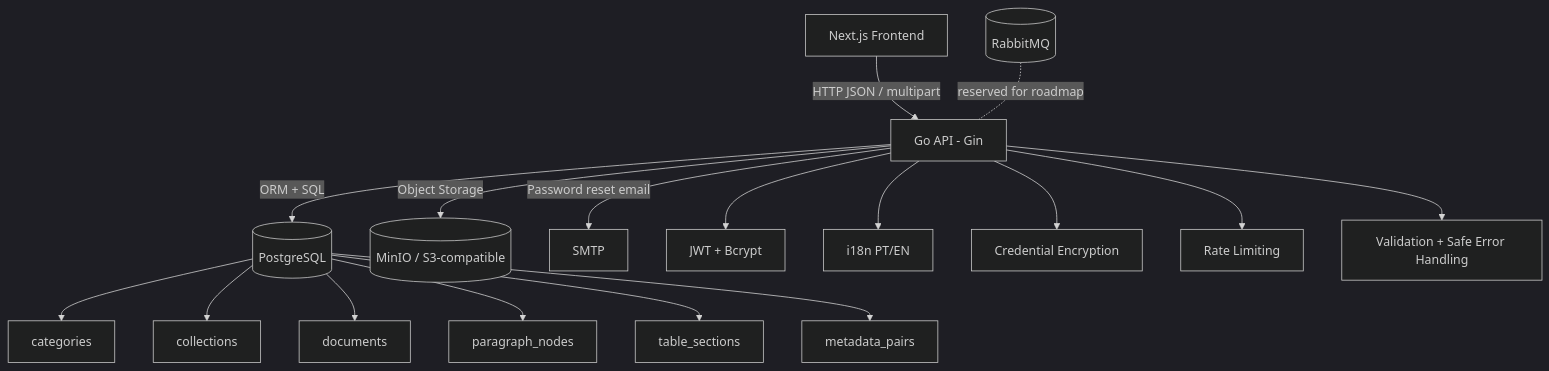
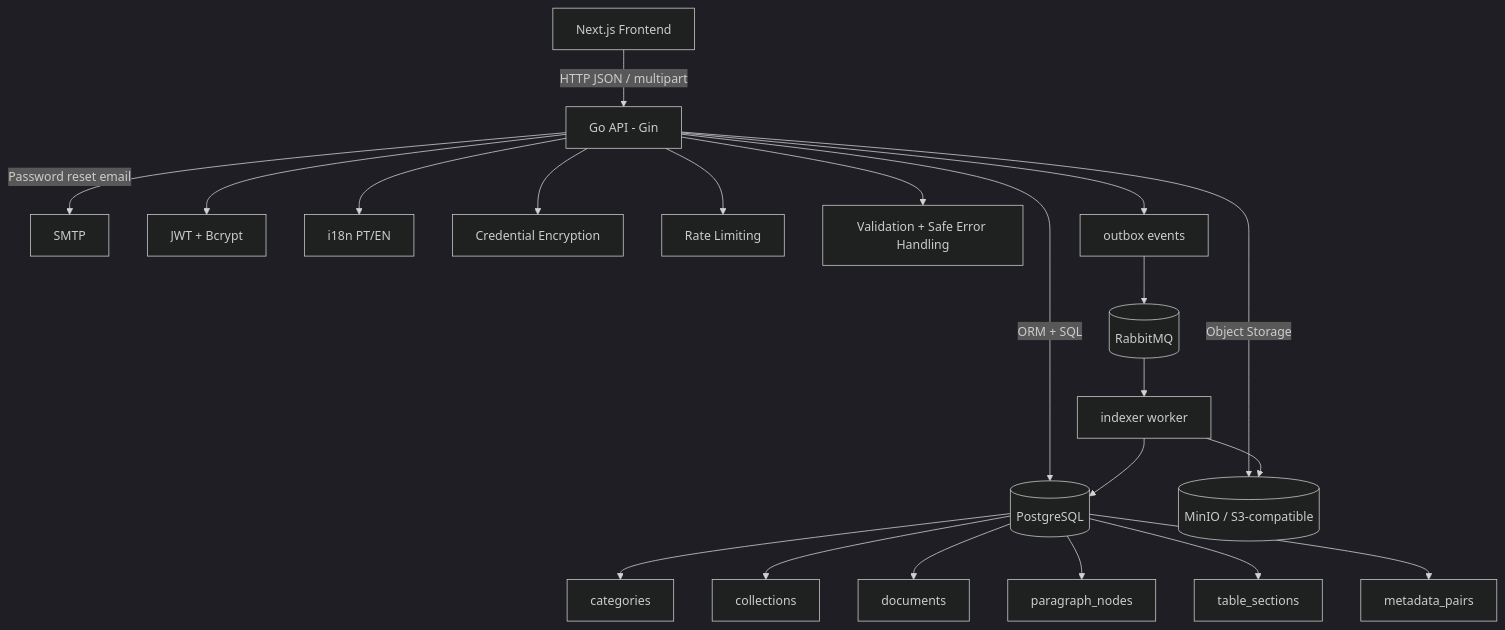
Before and after one commit to EduardoMG12/ThingIndex: the first of 2 diagrams in README.md, drawn with Mermaid (dark theme). The commit also changed other lines of this file, not shown here.

````diff
--- a/README.md
+++ b/README.md
@@ -107,22 +108,26 @@
 ```mermaid
 flowchart TD
     UI[Next.js Frontend] -->|HTTP JSON / multipart| API[Go API - Gin]
     API -->|ORM + SQL| PG[(PostgreSQL)]
     API -->|Object Storage| MINIO[(MinIO / S3-compatible)]
     API -->|Password reset email| SMTP[SMTP]
 
     API --> AUTH[JWT + Bcrypt]
     API --> I18N[i18n PT/EN]
     API --> SEC[Credential Encryption]
     API --> RATE[Rate Limiting]
     API --> VALID[Validation + Safe Error Handling]
 
     PG --> CAT[categories]
     PG --> COL[collections]
     PG --> DOC[documents]
     PG --> PAR[paragraph_nodes]
     PG --> TAB[table_sections]
     PG --> META[metadata_pairs]
 
-    RABBIT[(RabbitMQ)] -.reserved for roadmap.- API
+    API --> OUTBOX[outbox events]
+    OUTBOX --> RABBIT[(RabbitMQ)]
+    RABBIT --> INDEXER[indexer worker]
+    INDEXER --> PG
+    INDEXER --> MINIO
 ```
````
